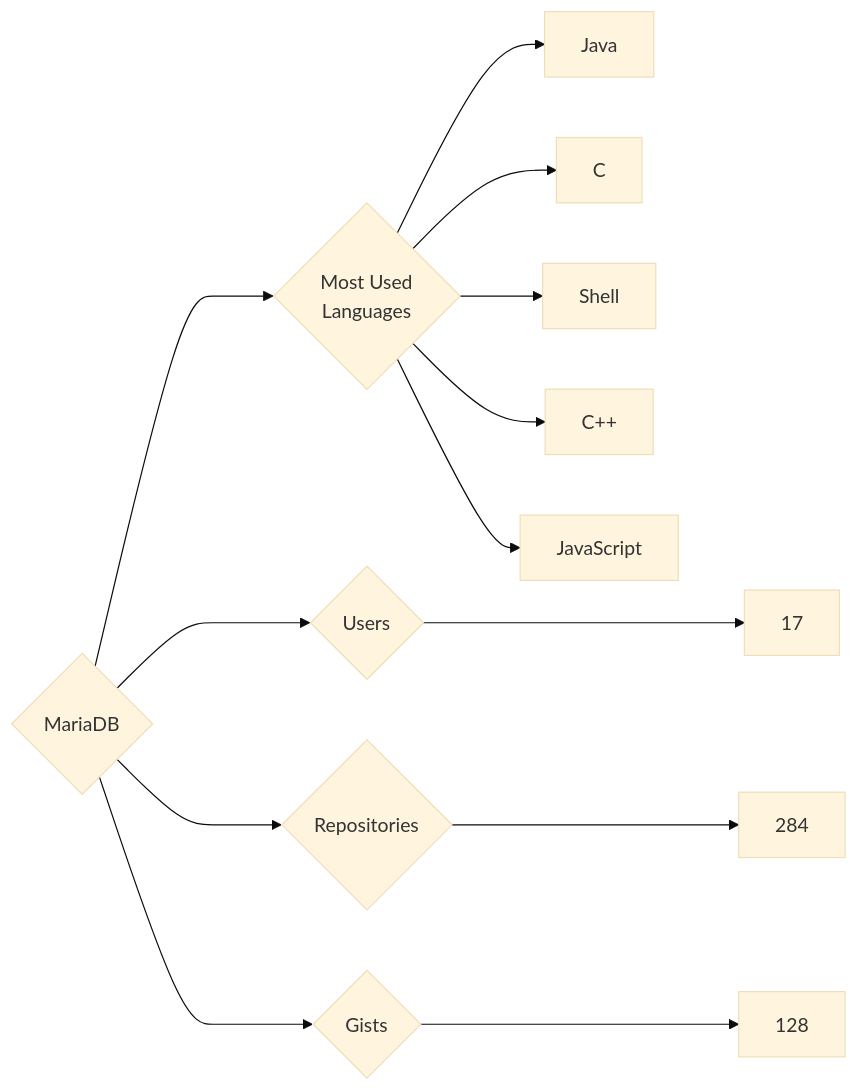
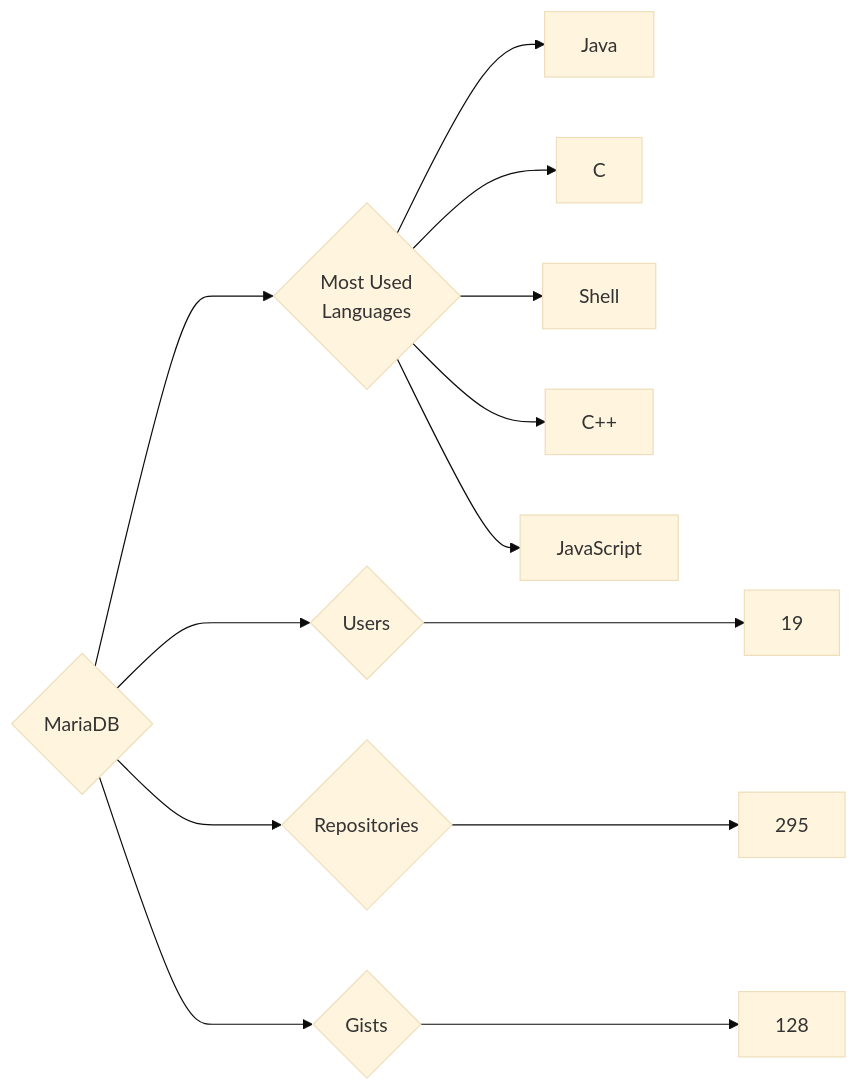
The diagram in targets/MariaDB/README.md (trickest/insiders), drawn with Mermaid (base theme) before and after one commit. The commit also changed 927 other files, not shown here.

````diff
--- a/targets/MariaDB/README.md
+++ b/targets/MariaDB/README.md
@@ -3,13 +3,13 @@
 ```mermaid
 graph LR
 COMPANY_NAME{MariaDB}
-COMPANY_NAME ---> U{Users} ---> UN[17]
-COMPANY_NAME ---> R{Repositories} ---> RN[284]
+COMPANY_NAME ---> U{Users} ---> UN[19]
+COMPANY_NAME ---> R{Repositories} ---> RN[295]
 COMPANY_NAME ---> G{Gists} ---> GN[128]
 COMPANY_NAME ---> ML{Most Used<br>Languages}
 ML --> Java[Java]
 ML --> C[C]
 ML --> Shell[Shell]
 ML --> C++[C++]
 ML --> JavaScript[JavaScript]
 ```
````
